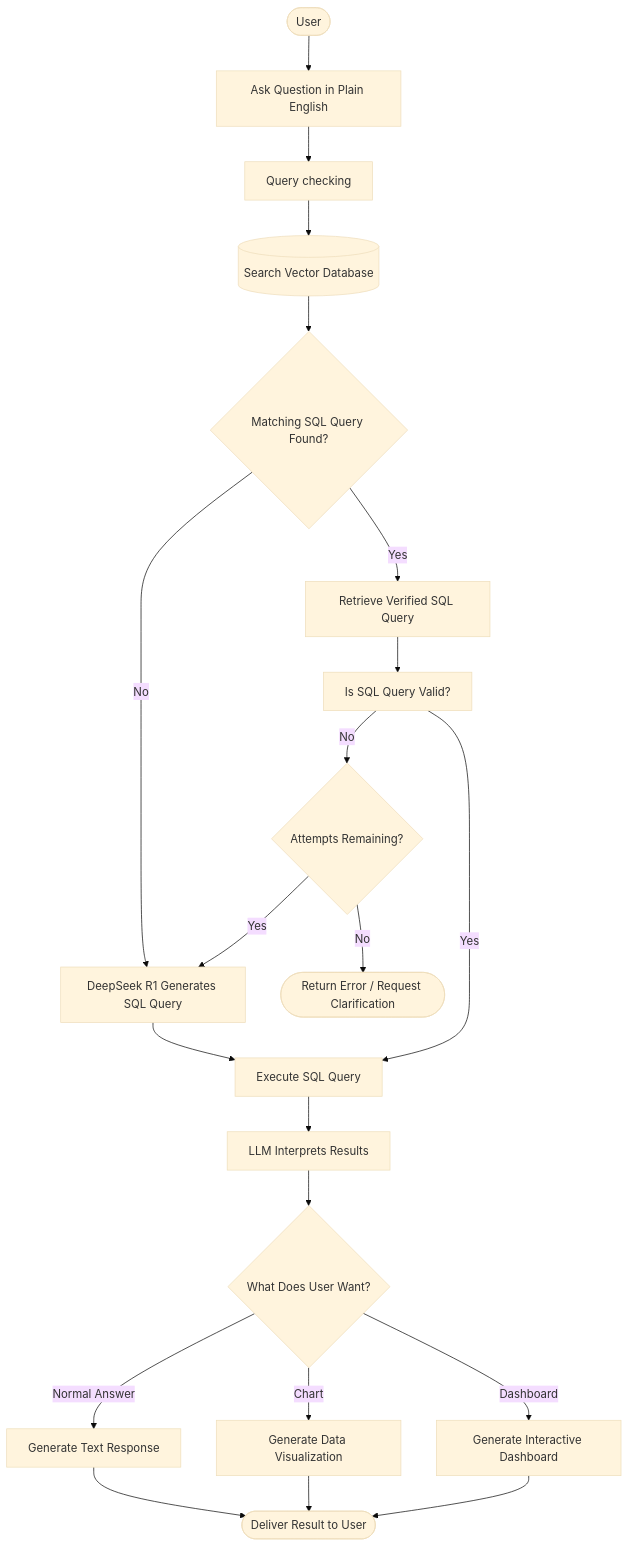
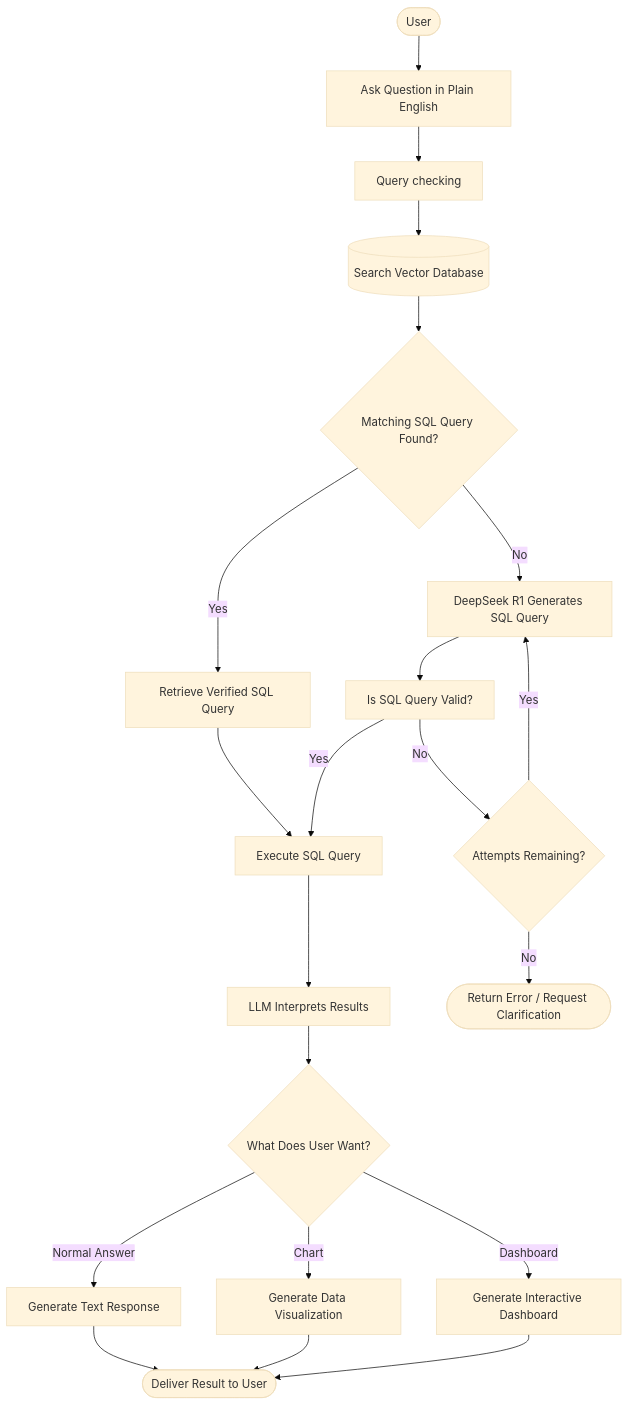
One commit to sufyanAshraf/atlas changed the diagram in README.md. Above: the diagram before and after it, drawn with Mermaid (base theme).

Commit message:
Reorder flowchart steps in README

````diff
--- a/README.md
+++ b/README.md
@@ -8,33 +8,33 @@
 ```mermaid
 flowchart TD
     A([User]) --> B[Ask Question in Plain English]
 
     B --> C[Query checking]
     C --> D[(Search Vector Database)]
 
     D --> E{Matching SQL Query Found?}
 
     E -->|Yes| F[Retrieve Verified SQL Query]
     E -->|No| G[DeepSeek R1 Generates SQL Query]
 
-    F --> H[Is SQL Query Valid?]
-    G --> J[Execute SQL Query]
+    G --> H[Is SQL Query Valid?]
+    F --> J[Execute SQL Query]
 
     H -->|Yes| J
     H -->|No| K{Attempts Remaining?}
 
     K -->|Yes| G
     K -->|No| L([Return Error / Request Clarification])
 
     J --> M[LLM Interprets Results]
 
     M --> O{What Does User Want?}
 
     O -->|Normal Answer| P[Generate Text Response]
     O -->|Chart| Q[Generate Data Visualization]
     O -->|Dashboard| R[Generate Interactive Dashboard]
 
     P --> S([Deliver Result to User])
     Q --> S
     R --> S
 ```
````
